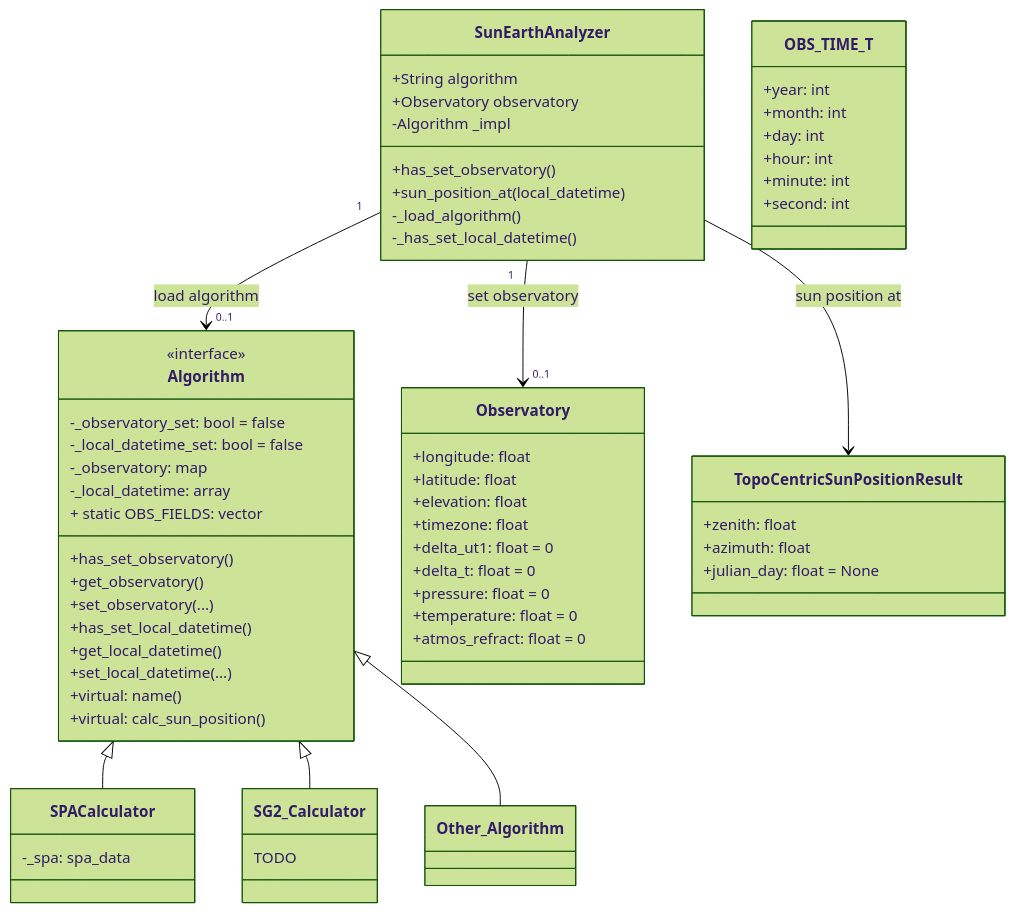
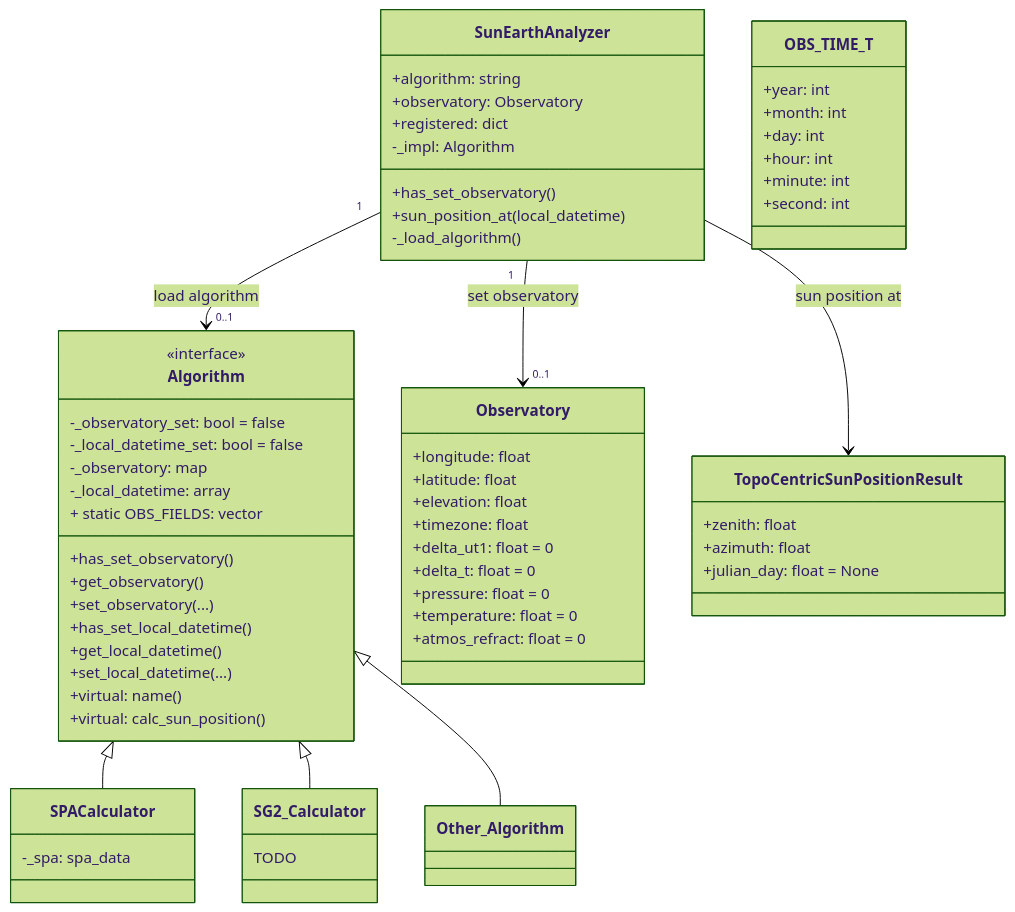
One commit to mikesongming/SE-Geometry changed the third of 3 diagrams in docs/dev-guide/dev-guide.md. Above: the diagram before and after it, drawn with Mermaid (forest theme). The commit also changed 4 other files, not shown here.

````diff
--- a/docs/dev-guide/dev-guide.md
+++ b/docs/dev-guide/dev-guide.md
@@ -106,66 +106,66 @@
 ``` mermaid
 classDiagram
     SunEarthAnalyzer "1" --> "0..1" Algorithm: load algorithm
     SunEarthAnalyzer "1" --> "0..1" Observatory: set observatory
     SunEarthAnalyzer --> TopoCentricSunPositionResult: sun position at
     Algorithm <|-- SPACalculator
     Algorithm <|-- SG2_Calculator
     Algorithm <|-- Other_Algorithm
     class SunEarthAnalyzer {
-        +String algorithm
-        +Observatory observatory
-        -Algorithm _impl
+        +algorithm: string
+        +observatory: Observatory
+        +registered: dict
+        -_impl: Algorithm
         +has_set_observatory()
         +sun_position_at(local_datetime)
         -_load_algorithm()
-        -_has_set_local_datetime()
     }
     class Algorithm {
         -_observatory_set: bool = false
         -_local_datetime_set: bool = false
         -_observatory: map<string, double>
         -_local_datetime: array<int>
         + static OBS_FIELDS: vector<string>
         +has_set_observatory()
         +get_observatory()
         +set_observatory(...)
         +has_set_local_datetime()
         +get_local_datetime()
         +set_local_datetime(...)
         +virtual: name()
         +virtual: calc_sun_position()
     }
     <<interface>> Algorithm
     class SPACalculator {
         -_spa: spa_data
 
     }
     class SG2_Calculator {
         TODO
     }
     class Observatory {
         +longitude: float
         +latitude: float
         +elevation: float
         +timezone: float
         +delta_ut1: float = 0
         +delta_t: float = 0
         +pressure: float = 0
         +temperature: float = 0
         +atmos_refract: float = 0
     }
 
     class OBS_TIME_T {
         +year: int
         +month: int
         +day: int
         +hour: int
         +minute: int
         +second: int
     }
     class TopoCentricSunPositionResult {
         +zenith: float
         +azimuth: float
         +julian_day: float = None
     }
 ```
````
